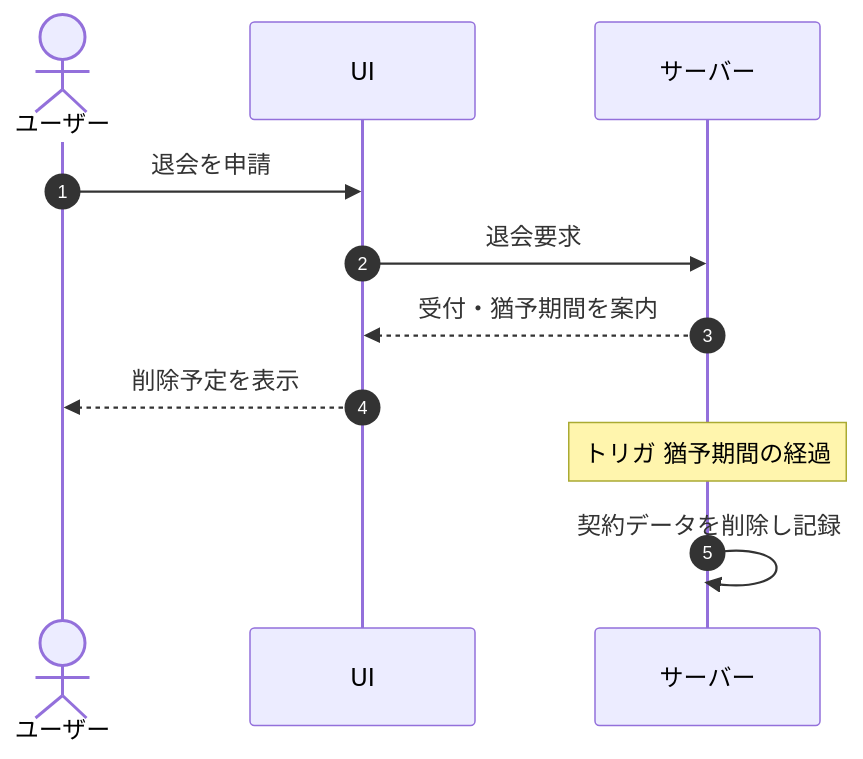
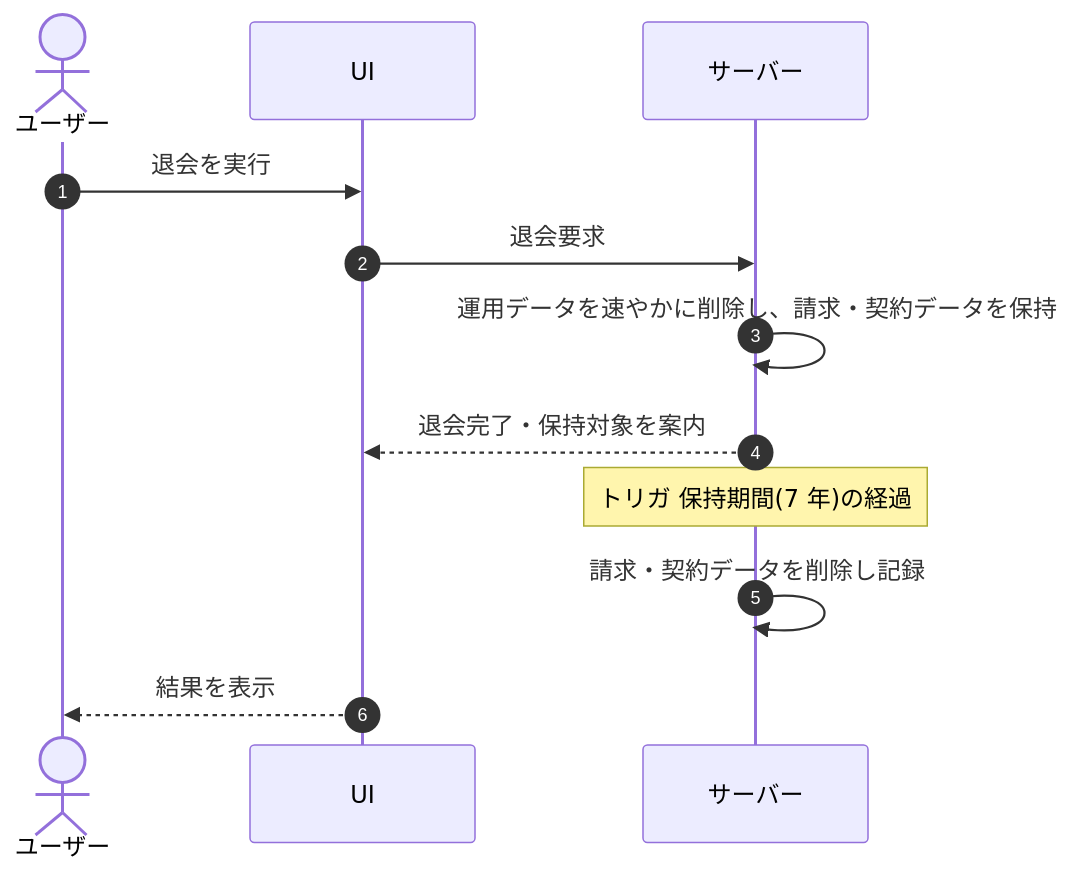
The second of 15 diagrams in 01_requirements/02_functional_requirement/06_security-fr.md (sikakou54/open-faq), drawn with Mermaid before and after one commit. The commit also changed other lines of this file and 66 other files, not shown here.

````diff
--- a/01_requirements/02_functional_requirement/06_security-fr.md
+++ b/01_requirements/02_functional_requirement/06_security-fr.md
@@ -43,13 +56,14 @@
 ```mermaid
 sequenceDiagram
   autonumber
   actor U as ユーザー
   participant UI as UI
   participant S as サーバー
-  U->>UI: 退会を申請
+  U->>UI: 退会を実行
   UI->>S: 退会要求
-  S-->>UI: 受付・猶予期間を案内
-  UI-->>U: 削除予定を表示
-  Note over S: トリガ 猶予期間の経過
-  S->>S: 契約データを削除し記録
+  S->>S: 運用データを速やかに削除し、請求・契約データを保持
+  S-->>UI: 退会完了・保持対象を案内
+  Note over S: トリガ 保持期間(7 年)の経過
+  S->>S: 請求・契約データを削除し記録
+  UI-->>U: 結果を表示
 ```
````
